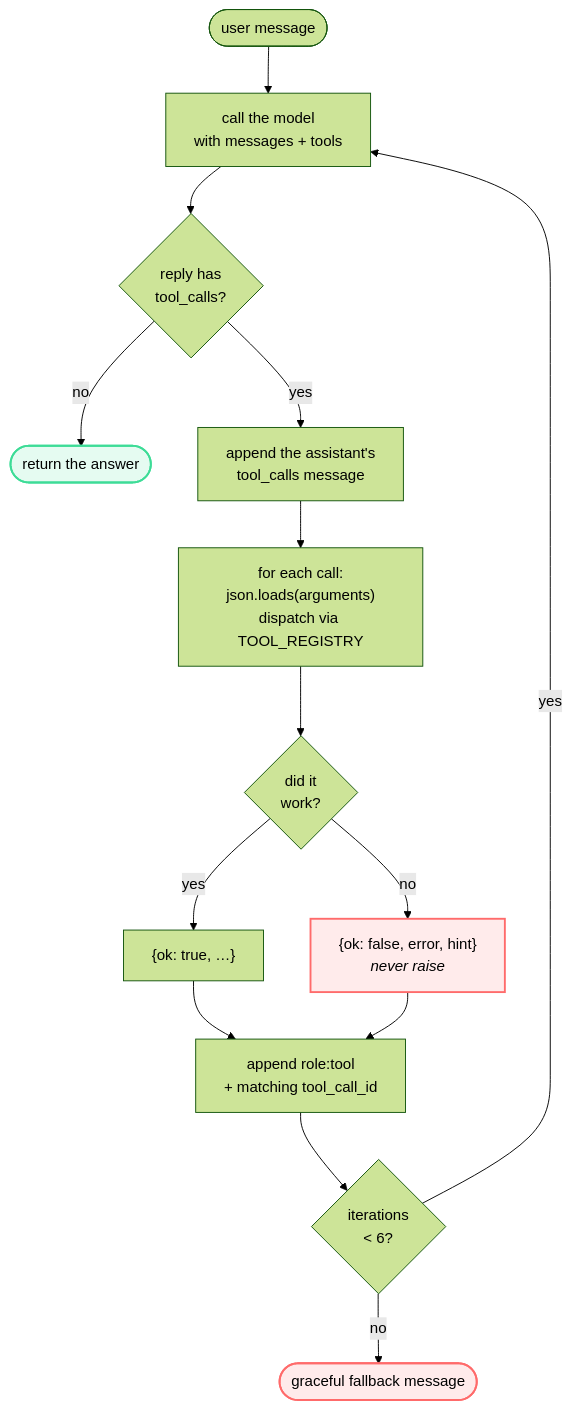
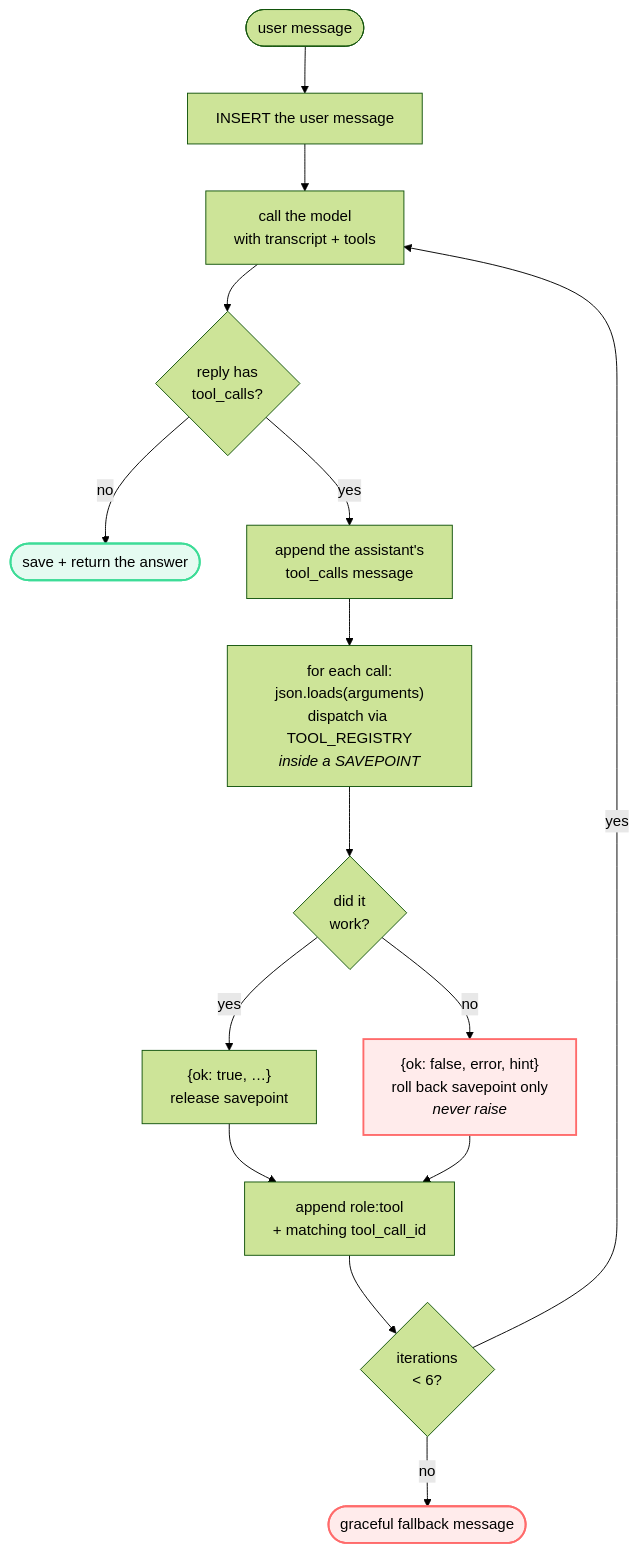
The fourth of 4 diagrams in README.md (MuhammadWaqar621/bites-and-bytes), drawn with Mermaid (forest theme) before and after one commit. The commit also changed other lines of this file and 22 other files, not shown here.

````diff
--- a/README.md
+++ b/README.md
@@ -296,26 +557,27 @@
 ```mermaid
 flowchart TD
-    S(["user message"]) --> CALL["call the model<br/>with messages + tools"]
+    S(["user message"]) --> SAVE["INSERT the user message"]
+    SAVE --> CALL["call the model<br/>with transcript + tools"]
     CALL --> Q{"reply has<br/>tool_calls?"}
 
-    Q -- "no" --> DONE(["return the answer"])
+    Q -- "no" --> DONE(["save + return the answer"])
 
     Q -- "yes" --> APP["append the assistant's<br/>tool_calls message"]
-    APP --> RUN["for each call:<br/>json.loads(arguments)<br/>dispatch via TOOL_REGISTRY"]
+    APP --> RUN["for each call:<br/>json.loads(arguments)<br/>dispatch via TOOL_REGISTRY<br/><i>inside a SAVEPOINT</i>"]
 
     RUN --> OK{"did it<br/>work?"}
-    OK -- "yes" --> RES["{ok: true, …}"]
-    OK -- "no" --> ERR["{ok: false, error, hint}<br/><i>never raise</i>"]
+    OK -- "yes" --> RES["{ok: true, …}<br/>release savepoint"]
+    OK -- "no" --> ERR["{ok: false, error, hint}<br/>roll back savepoint only<br/><i>never raise</i>"]
 
     RES --> PAIR["append role:tool<br/>+ matching tool_call_id"]
     ERR --> PAIR
 
     PAIR --> GUARD{"iterations<br/>&lt; 6?"}
     GUARD -- "yes" --> CALL
     GUARD -- "no" --> BAIL(["graceful fallback message"])
 
     classDef stop fill:#3ddc9722,stroke:#3ddc97,stroke-width:2px
     classDef warn fill:#ff6b6b22,stroke:#ff6b6b,stroke-width:2px
     class DONE stop
     class ERR,BAIL warn
 ```
````
